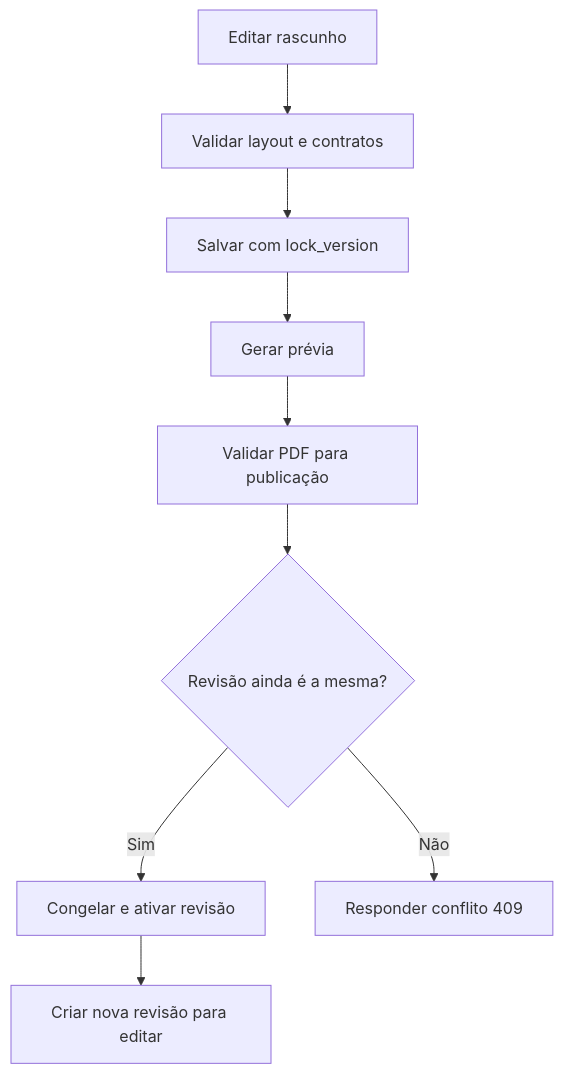
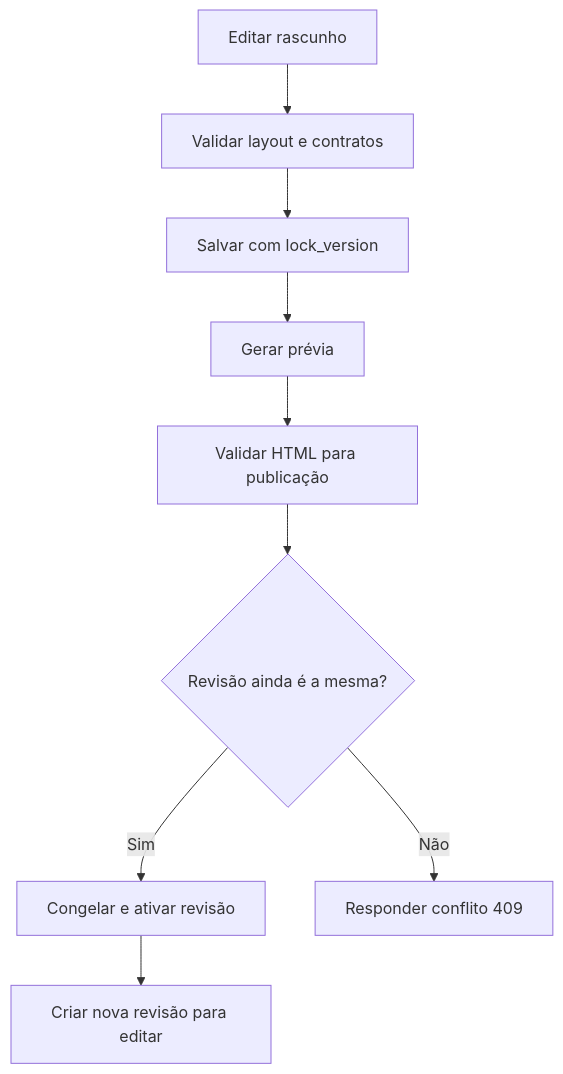
One commit to ChristopherNicolasSMM/Tesseract changed the diagram in addons/addon_reports/docs/technical/03-fluxos.md. Above: the diagram before and after it, drawn with Mermaid. The commit also changed other lines of this file and 35 other files, not shown here.

````diff
--- a/addons/addon_reports/docs/technical/03-fluxos.md
+++ b/addons/addon_reports/docs/technical/03-fluxos.md
@@ -3,11 +3,11 @@
 ```mermaid
 flowchart TD
  A[Editar rascunho] --> B[Validar layout e contratos]
  B --> C[Salvar com lock_version]
  C --> D[Gerar prévia]
- D --> E[Validar PDF para publicação]
+ D --> E[Validar HTML para publicação]
  E --> F{Revisão ainda é a mesma?}
  F -->|Sim| G[Congelar e ativar revisão]
  F -->|Não| H[Responder conflito 409]
  G --> I[Criar nova revisão para editar]
 ```
````
